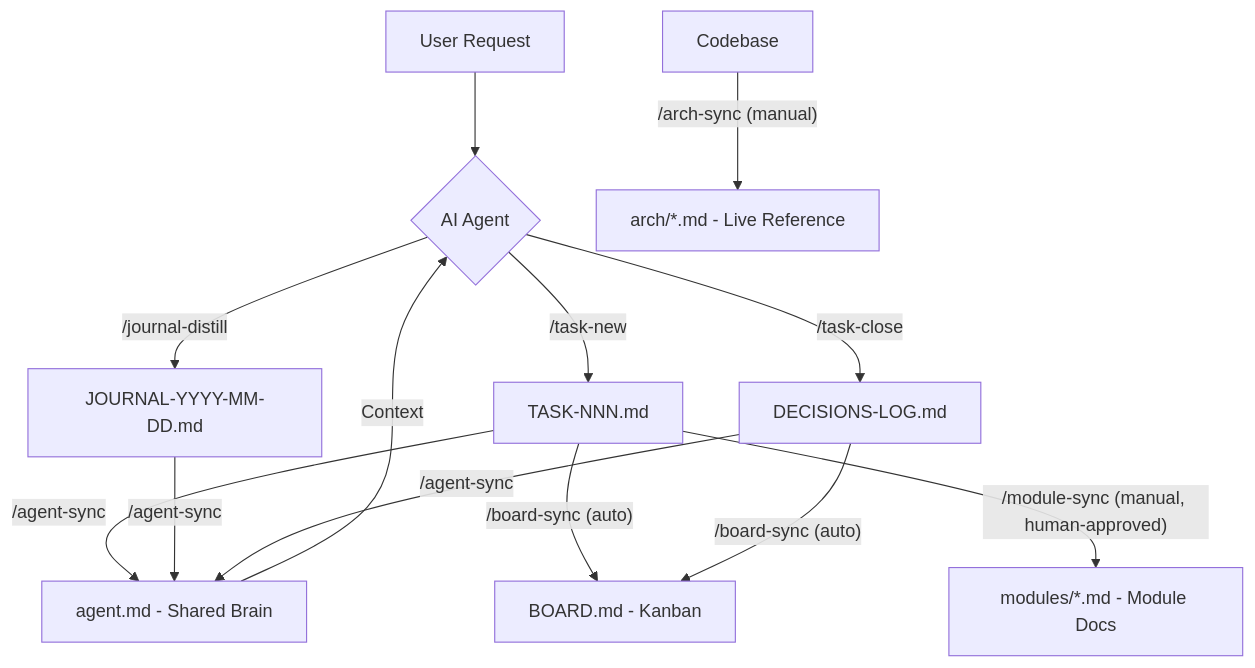
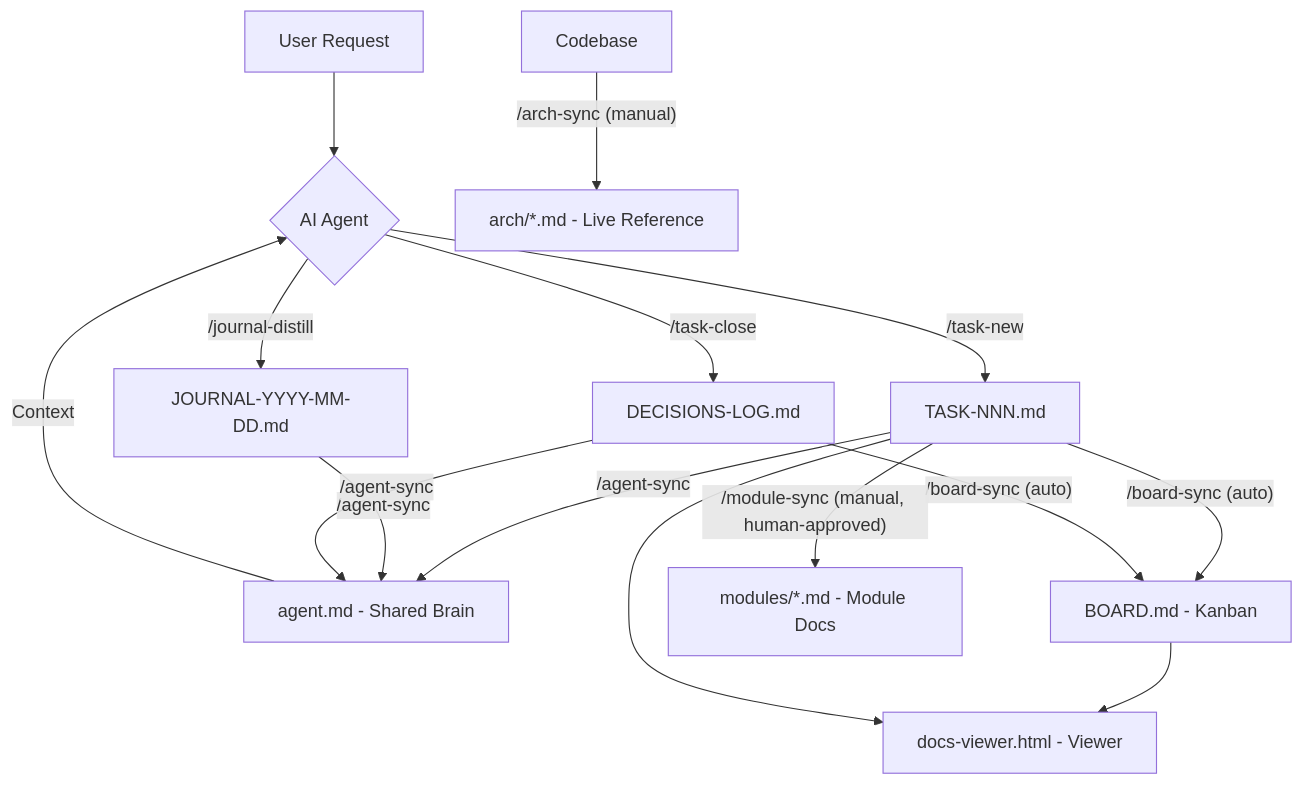
One commit to dynamicart/ai-docs changed the diagram in README.md. Above: the diagram before and after it, drawn with Mermaid. The commit also changed other lines of this file and 9 other files, not shown here.

````diff
--- a/README.md
+++ b/README.md
@@ -34,13 +35,14 @@
 ```mermaid
 graph TD
     A[User Request] --> B{AI Agent}
     B -- "/task-new" --> C[TASK-NNN.md]
     B -- "/journal-distill" --> D[JOURNAL-YYYY-MM-DD.md]
     B -- "/task-close" --> E[DECISIONS-LOG.md]
     C & D & E -- "/agent-sync" --> F[agent.md - Shared Brain]
     F -->|Context| B
     C -- "/board-sync (auto)" --> G[BOARD.md - Kanban]
     E -- "/board-sync (auto)" --> G
     H[Codebase] -- "/arch-sync (manual)" --> I[arch/*.md - Live Reference]
     C -- "/module-sync (manual, human-approved)" --> J[modules/*.md - Module Docs]
+    G & C --> K[docs-viewer.html - Viewer]
 ```
````
